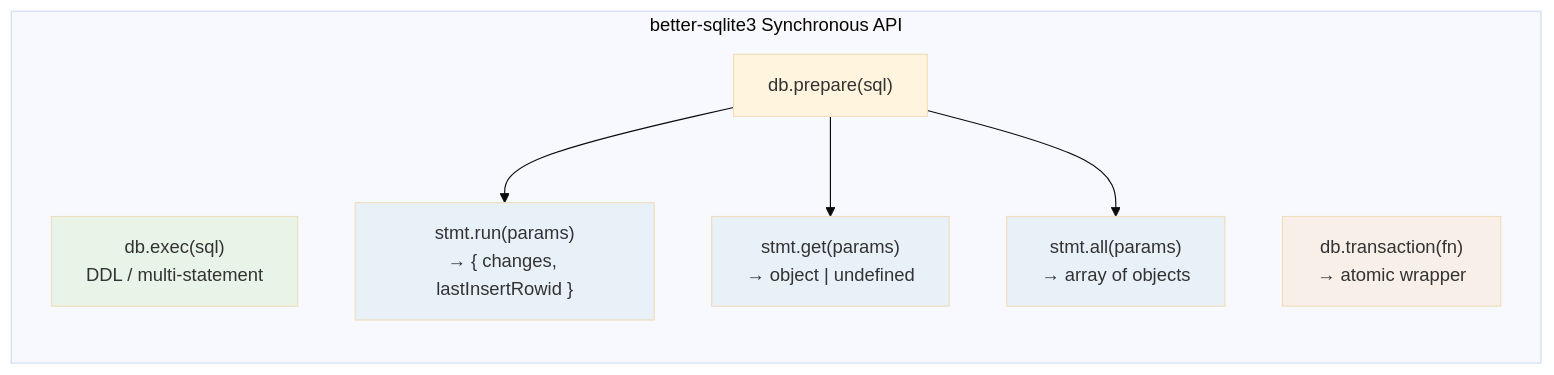
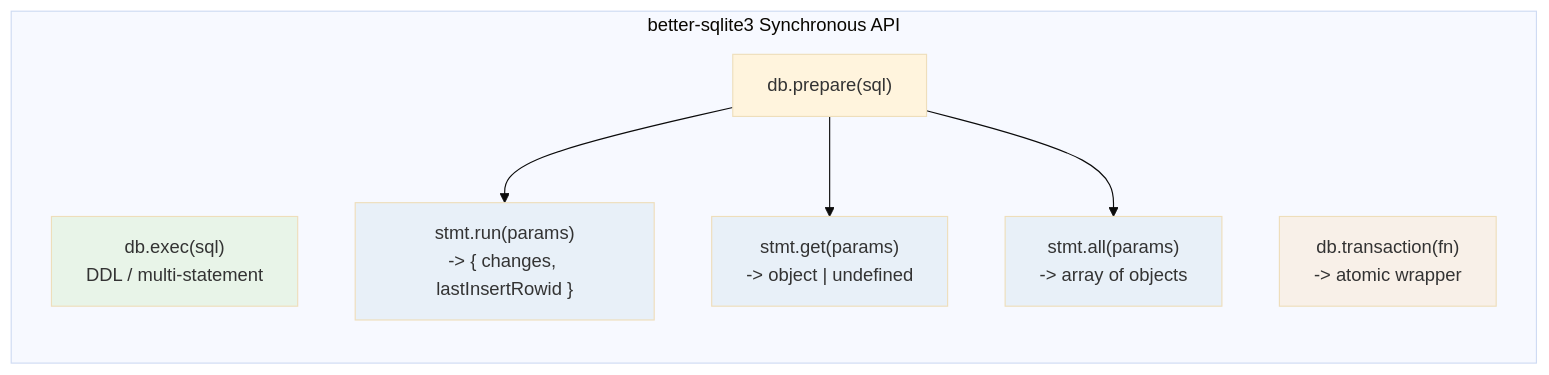
The third of 7 diagrams in docs/architecture.md (stevenvelozo/meadow-connection-sqlite), drawn with Mermaid (base theme) before and after one commit. The commit also changed other lines of this file and 12 other files, not shown here.

````diff
--- a/docs/architecture.md
+++ b/docs/architecture.md
@@ -65,21 +65,21 @@
 ```mermaid
 flowchart LR
 	subgraph "better-sqlite3 Synchronous API"
 		EXEC["db.exec(sql)<br/>DDL / multi-statement"]
 		PREP["db.prepare(sql)"]
-		RUN["stmt.run(params)<br/>→ { changes, lastInsertRowid }"]
-		GET["stmt.get(params)<br/>→ object | undefined"]
-		ALL["stmt.all(params)<br/>→ array of objects"]
-		TXN["db.transaction(fn)<br/>→ atomic wrapper"]
+		RUN["stmt.run(params)<br/>-> { changes, lastInsertRowid }"]
+		GET["stmt.get(params)<br/>-> object | undefined"]
+		ALL["stmt.all(params)<br/>-> array of objects"]
+		TXN["db.transaction(fn)<br/>-> atomic wrapper"]
 	end
 
 	PREP --> RUN
 	PREP --> GET
 	PREP --> ALL
 
 	style EXEC fill:#e8f4e8
 	style RUN fill:#e8f0f8
 	style GET fill:#e8f0f8
 	style ALL fill:#e8f0f8
 	style TXN fill:#f8f0e8
 ```
````
